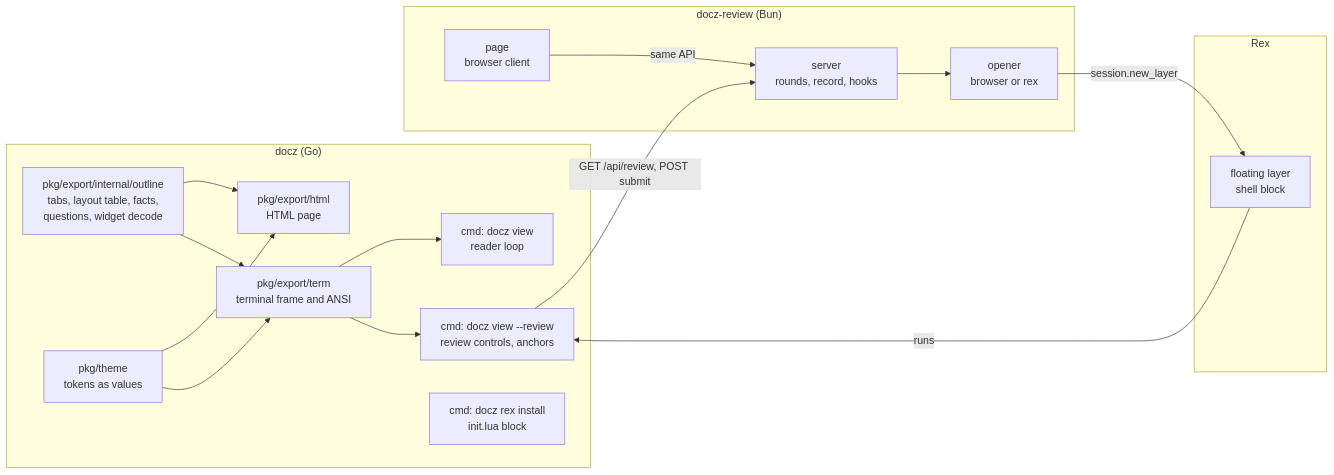
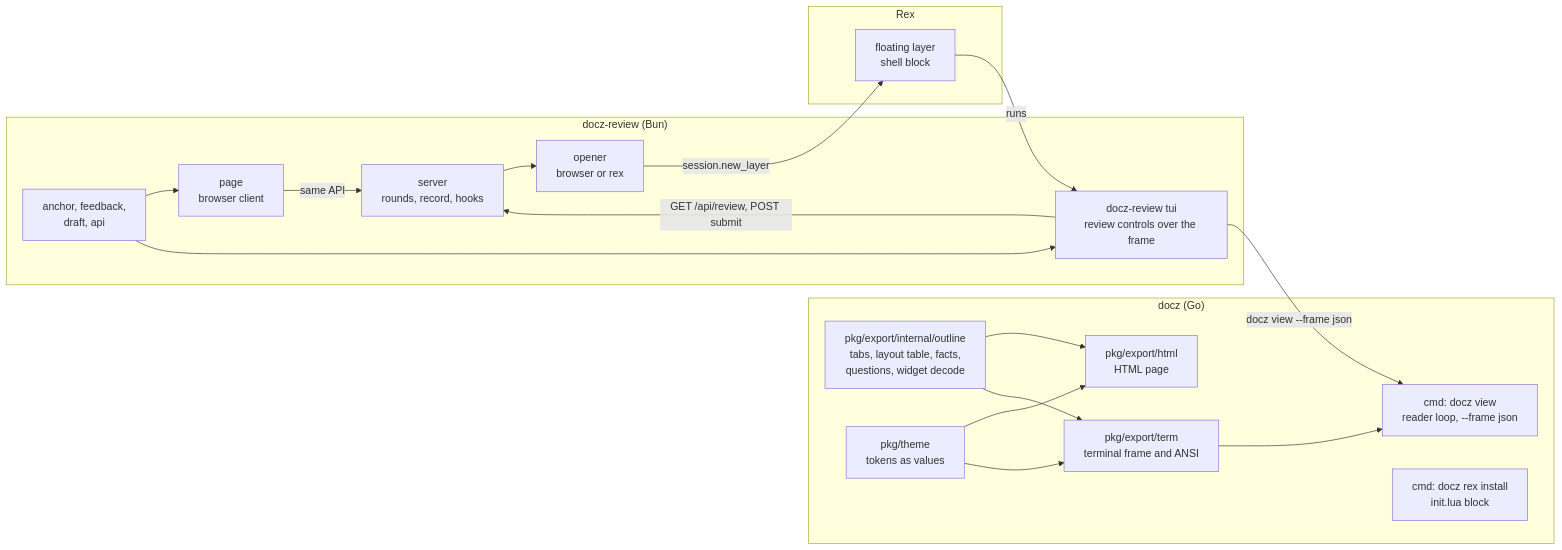
The first of 3 diagrams in docs/design/0027-docz-view-and-docz-review-rex-a-terminal-renderer-for-docz.md (donaldgifford/docz), drawn with Mermaid before and after one commit. The commit also changed other lines of this file, not shown here.

````diff
--- a/docs/design/0027-docz-view-and-docz-review-rex-a-terminal-renderer-for-docz.md
+++ b/docs/design/0027-docz-view-and-docz-review-rex-a-terminal-renderer-for-docz.md
@@ -207,31 +250,34 @@
 ```mermaid
 graph LR
   subgraph go["docz (Go)"]
     outline["pkg/export/internal/outline<br/>tabs, layout table, facts,<br/>questions, widget decode"]
     html["pkg/export/html<br/>HTML page"]
     term["pkg/export/term<br/>terminal frame and ANSI"]
     theme["pkg/theme<br/>tokens as values"]
-    view["cmd: docz view<br/>reader loop"]
-    client["cmd: docz view --review<br/>review controls, anchors"]
+    view["cmd: docz view<br/>reader loop, --frame json"]
     rex["cmd: docz rex install<br/>init.lua block"]
     outline --> html
     outline --> term
     theme --> html
     theme --> term
     term --> view
-    term --> client
   end
   subgraph review["docz-review (Bun)"]
     server["server<br/>rounds, record, hooks"]
     page["page<br/>browser client"]
+    logic["anchor, feedback,<br/>draft, api"]
+    tui["docz-review tui<br/>review controls over the frame"]
     opener["opener<br/>browser or rex"]
     server --> opener
+    logic --> page
+    logic --> tui
   end
   subgraph rexhost["Rex"]
     layer["floating layer<br/>shell block"]
   end
   opener -- "session.new_layer" --> layer
-  layer -- "runs" --> client
-  client -- "GET /api/review, POST submit" --> server
+  layer -- "runs" --> tui
+  tui -- "docz view --frame json" --> view
+  tui -- "GET /api/review, POST submit" --> server
   page -- "same API" --> server
 ```
````
